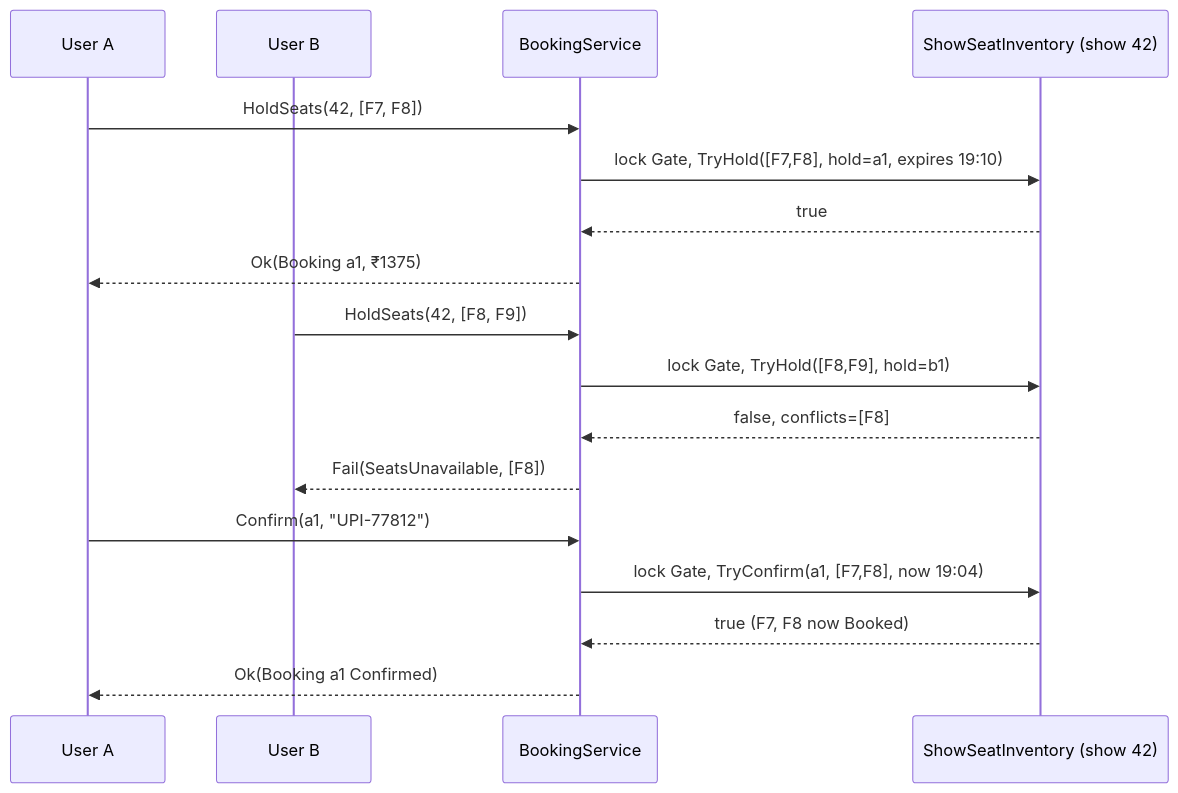
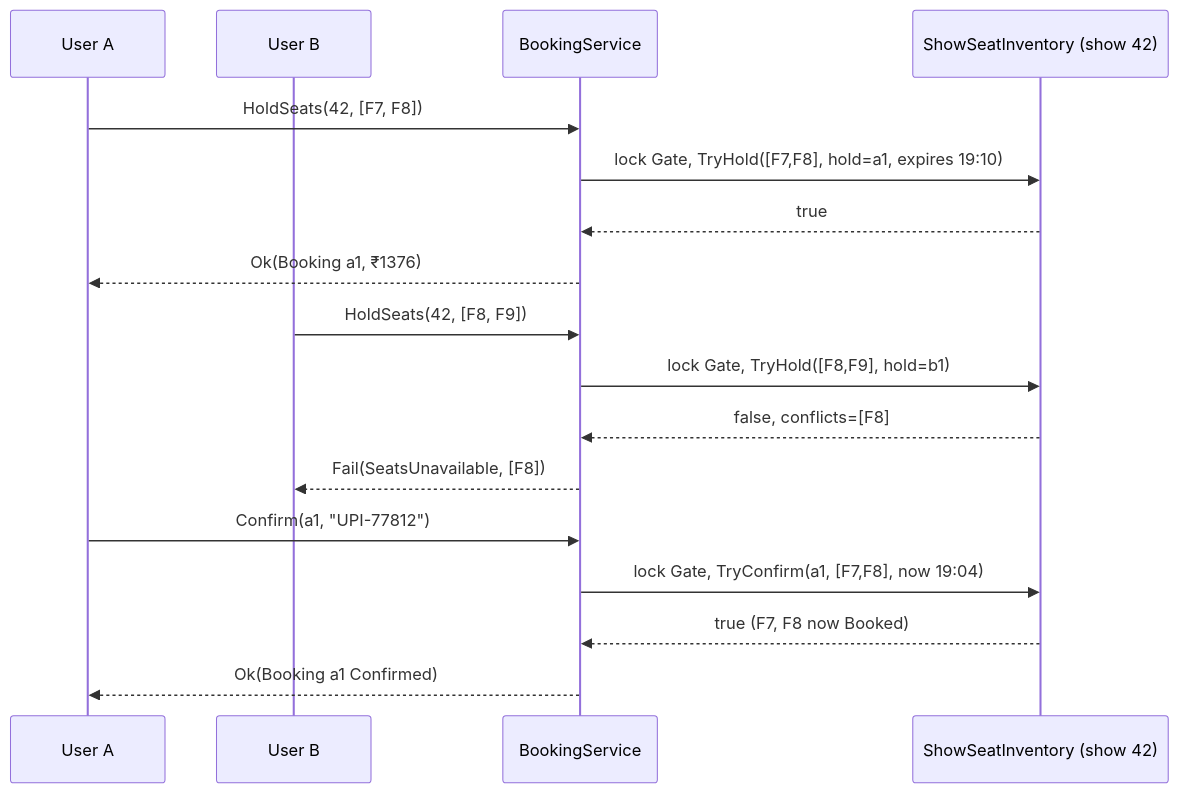
One commit to rizwi0786/system-design-lab changed the second of 4 diagrams in content/lessons/m18/m18-movie-ticket.md. Above: the diagram before and after it, drawn with Mermaid. The commit also changed other lines of this file and 334 other files, not shown here.

````diff
--- a/content/lessons/m18/m18-movie-ticket.md
+++ b/content/lessons/m18/m18-movie-ticket.md
@@ -251,19 +257,19 @@
 ```mermaid
 sequenceDiagram
     participant A as User A
     participant B as User B
     participant S as BookingService
     participant I as ShowSeatInventory (show 42)
     A->>S: HoldSeats(42, [F7, F8])
     S->>I: lock Gate, TryHold([F7,F8], hold=a1, expires 19:10)
     I-->>S: true
-    S-->>A: Ok(Booking a1, ₹1375)
+    S-->>A: Ok(Booking a1, ₹1376)
     B->>S: HoldSeats(42, [F8, F9])
     S->>I: lock Gate, TryHold([F8,F9], hold=b1)
     I-->>S: false, conflicts=[F8]
     S-->>B: Fail(SeatsUnavailable, [F8])
     A->>S: Confirm(a1, "UPI-77812")
     S->>I: lock Gate, TryConfirm(a1, [F7,F8], now 19:04)
     I-->>S: true (F7, F8 now Booked)
     S-->>A: Ok(Booking a1 Confirmed)
 ```
````
